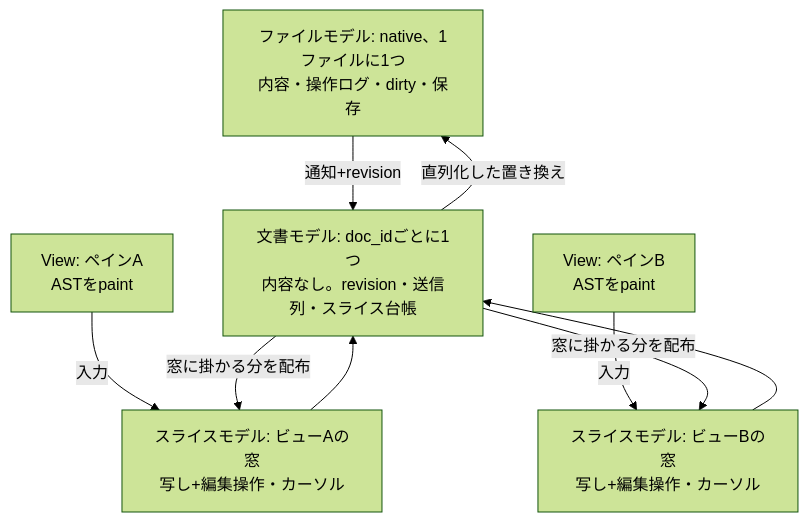
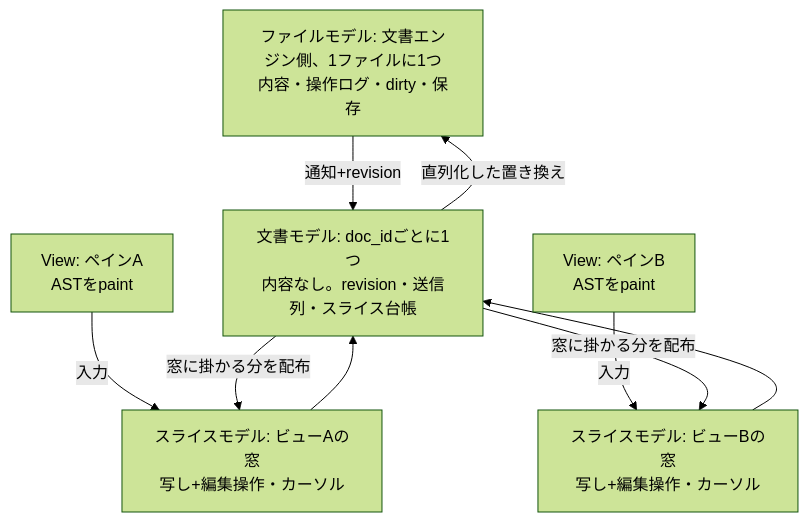
The sixth of 7 diagrams in docs/architecture.md (Motoyuki-Oya/math-editor), drawn with Mermaid (forest theme) before and after one commit. The commit also changed other lines of this file and 5 other files, not shown here.

First line of the commit message:
Clarify workspace roles in architecture documentation.

````diff
--- a/docs/architecture.md
+++ b/docs/architecture.md
@@ -314,18 +339,18 @@
 ```mermaid
 flowchart TB
-    File[ファイルモデル: native、1ファイルに1つ<br/>内容・操作ログ・dirty・保存]
+    File[ファイルモデル: 文書エンジン側、1ファイルに1つ<br/>内容・操作ログ・dirty・保存]
     Doc[文書モデル: doc_idごとに1つ<br/>内容なし。revision・送信列・スライス台帳]
     S1[スライスモデル: ビューAの窓<br/>写し+編集操作・カーソル]
     S2[スライスモデル: ビューBの窓<br/>写し+編集操作・カーソル]
     V1[View: ペインA<br/>ASTをpaint]
     V2[View: ペインB<br/>ASTをpaint]
 
     V1 -- 入力 --> S1
     V2 -- 入力 --> S2
     S1 --> Doc
     S2 --> Doc
     Doc -- 直列化した置き換え --> File
     File -- 通知+revision --> Doc
     Doc -- 窓に掛かる分を配布 --> S1
     Doc -- 窓に掛かる分を配布 --> S2
 ```
````
